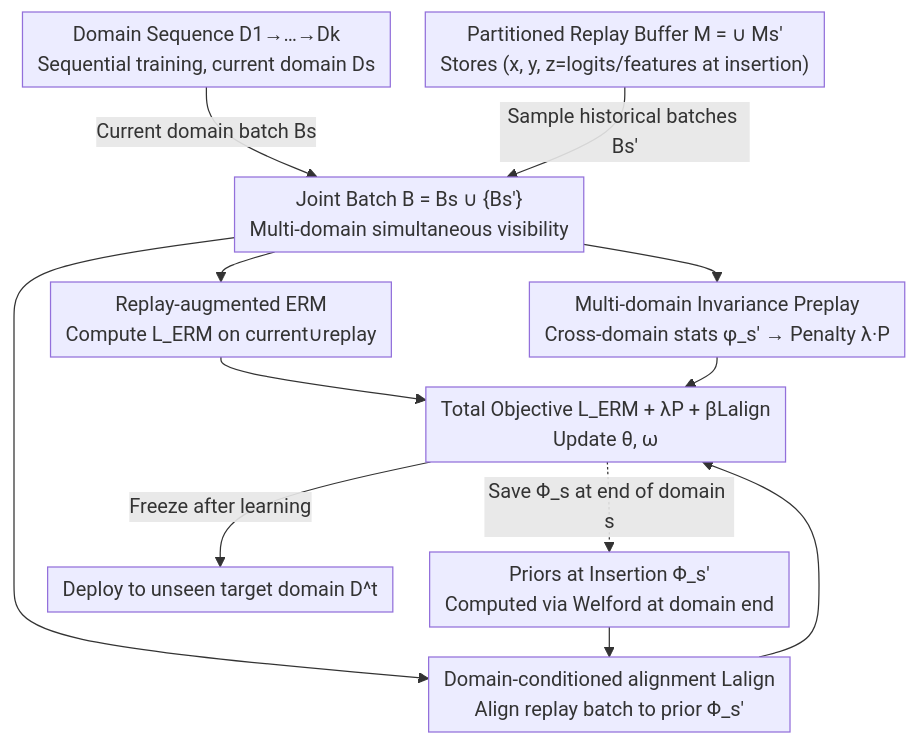
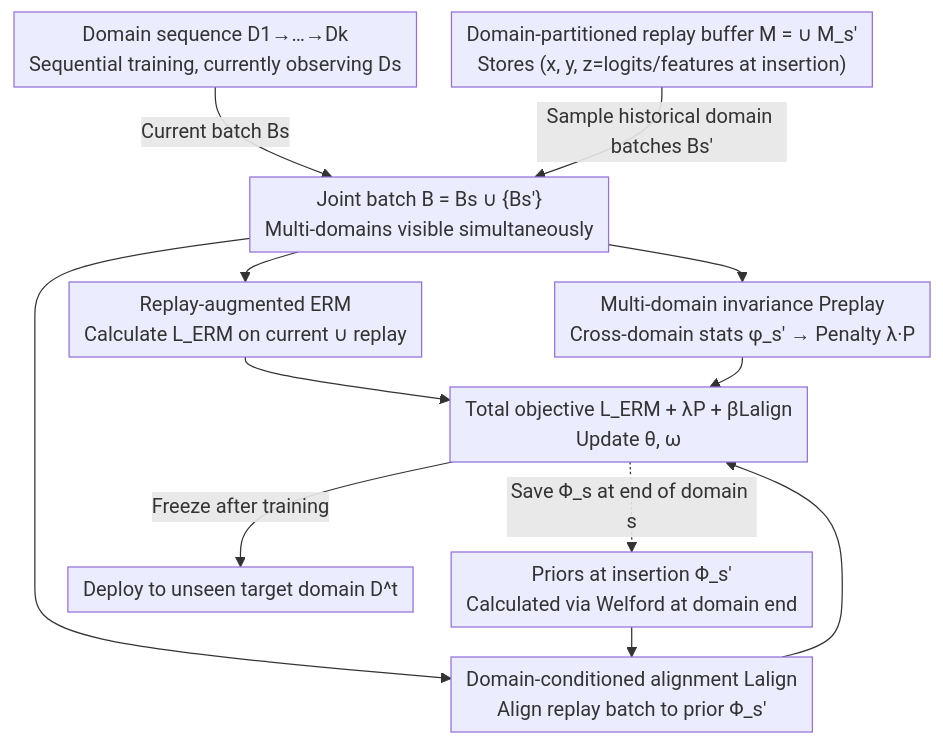
Before and after one commit to zhaoyang97/Paper-Notes-en: the diagram in docs/ICML2026/others/continual_learning_of_domain-invariant_representations.md, drawn with Mermaid. The commit also changed other lines of this file and 5084 other files, not shown here.

````diff
--- a/docs/ICML2026/others/continual_learning_of_domain-invariant_representations.md
+++ b/docs/ICML2026/others/continual_learning_of_domain-invariant_representations.md
@@ -47,15 +47,15 @@
 ```mermaid
 %%{init: {'flowchart': {'rankSpacing': 24, 'nodeSpacing': 28, 'padding': 6, 'wrappingWidth': 400}}}%%
 flowchart TD
-    A["Domain Sequence D1→…→Dk<br/>Sequential training, current domain Ds"] -->|Current domain batch Bs| B
-    BUF["Partitioned Replay Buffer M = ∪ Ms′<br/>Stores (x, y, z=logits/features at insertion)"] -->|Sample historical batches Bs′| B["Joint Batch B = Bs ∪ {Bs′}<br/>Multi-domain simultaneous visibility"]
-    B --> C["Replay-augmented ERM<br/>Compute L_ERM on current∪replay"]
-    B --> D["Multi-domain Invariance Preplay<br/>Cross-domain stats φ_s′ → Penalty λ·P"]
+    A["Domain sequence D1→…→Dk<br/>Sequential training, currently observing Ds"] -->|Current batch Bs| B
+    BUF["Domain-partitioned replay buffer M = ∪ M_s′<br/>Stores (x, y, z=logits/features at insertion)"] -->|Sample historical domain batches Bs′| B["Joint batch B = Bs ∪ {Bs′}<br/>Multi-domains visible simultaneously"]
+    B --> C["Replay-augmented ERM<br/>Calculate L_ERM on current ∪ replay"]
+    B --> D["Multi-domain invariance Preplay<br/>Cross-domain stats φ_s′ → Penalty λ·P"]
     B --> E["Domain-conditioned alignment Lalign<br/>Align replay batch to prior Φ_s′"]
-    PHI["Priors at Insertion Φ_s′<br/>Computed via Welford at domain end"] --> E
-    C --> F["Total Objective L_ERM + λP + βLalign<br/>Update θ, ω"]
+    PHI["Priors at insertion Φ_s′<br/>Calculated via Welford at domain end"] --> E
+    C --> F["Total objective L_ERM + λP + βLalign<br/>Update θ, ω"]
     D --> F
     E --> F
     F -.Save Φ_s at end of domain s.-> PHI
-    F -->|Freeze after learning| G["Deploy to unseen target domain D^t"]
+    F -->|Freeze after training| G["Deploy to unseen target domain D^t"]
 ```
````
